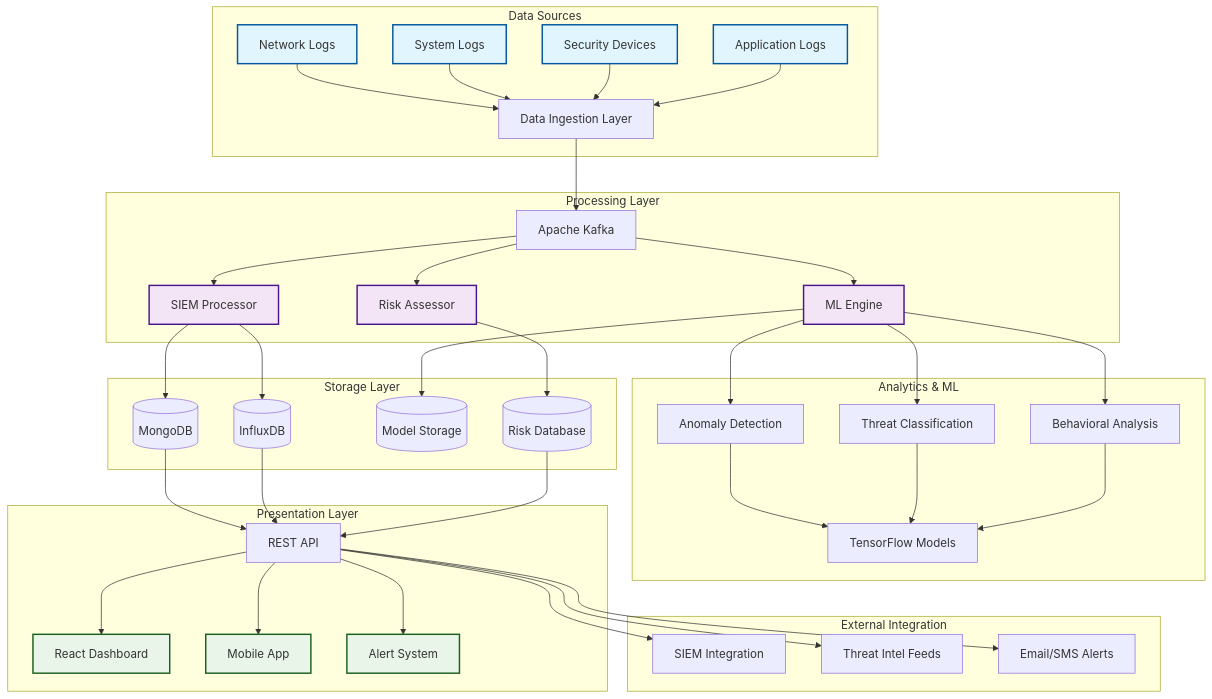
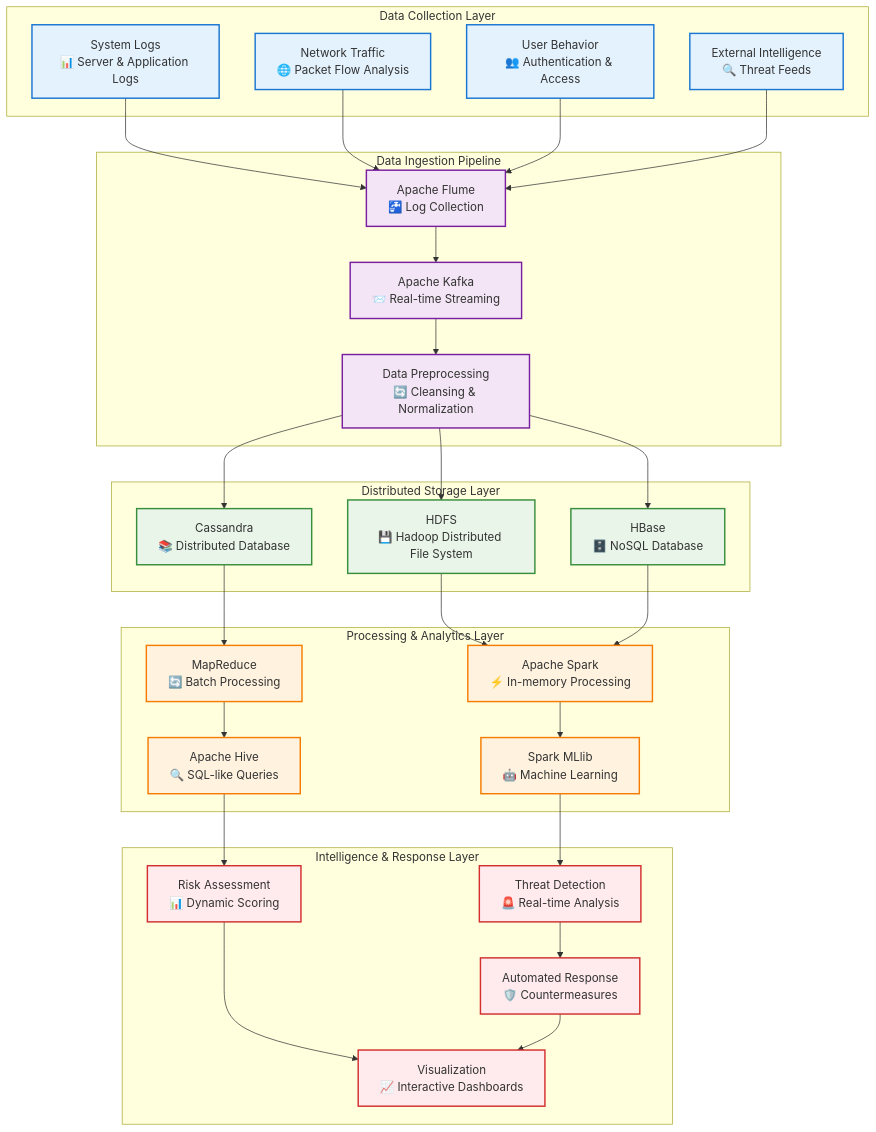
One commit to nes10r/BigDataProject changed the second of 11 diagrams in README.md. Above: the diagram before and after it, drawn with Mermaid. The commit also changed other lines of this file and 1 other file, not shown here.

````diff
--- a/README.md
+++ b/README.md
@@ -108,55 +201,73 @@
 ```mermaid
 graph TB
-    subgraph "Data Sources"
-        A[Network Logs] --> D[Data Ingestion Layer]
-        B[System Logs] --> D
-        C[Security Devices] --> D
-        E[Application Logs] --> D
+    subgraph "Data Collection Layer"
+        A[System Logs<br/>📊 Server & Application Logs]
+        B[Network Traffic<br/>🌐 Packet Flow Analysis]
+        C[User Behavior<br/>👥 Authentication & Access]
+        D[External Intelligence<br/>🔍 Threat Feeds]
     end
     
-    subgraph "Processing Layer"
-        D --> F[Apache Kafka]
-        F --> G[SIEM Processor]
-        F --> H[ML Engine]
-        F --> I[Risk Assessor]
+    subgraph "Data Ingestion Pipeline"
+        E[Apache Flume<br/>🚰 Log Collection]
+        F[Apache Kafka<br/>📨 Real-time Streaming]
+        G[Data Preprocessing<br/>🔄 Cleansing & Normalization]
     end
     
-    subgraph "Storage Layer"
-        G --> J[(MongoDB)]
-        G --> K[(InfluxDB)]
-        H --> L[(Model Storage)]
-        I --> M[(Risk Database)]
+    subgraph "Distributed Storage Layer"
+        H[HDFS<br/>💾 Hadoop Distributed File System]
+        I[HBase<br/>🗄️ NoSQL Database]
+        J[Cassandra<br/>📚 Distributed Database]
     end
     
-    subgraph "Analytics & ML"
-        H --> N[Anomaly Detection]
-        H --> O[Threat Classification]
-        H --> P[Behavioral Analysis]
-        N --> Q[TensorFlow Models]
-        O --> Q
-        P --> Q
+    subgraph "Processing & Analytics Layer"
+        K[Apache Spark<br/>⚡ In-memory Processing]
+        L[MapReduce<br/>🔄 Batch Processing]
+        M[Spark MLlib<br/>🤖 Machine Learning]
+        N[Apache Hive<br/>🔍 SQL-like Queries]
     end
     
-    subgraph "Presentation Layer"
-        J --> R[REST API]
-        K --> R
-        M --> R
-        R --> S[React Dashboard]
-        R --> T[Mobile App]
-        R --> U[Alert System]
+    subgraph "Intelligence & Response Layer"
+        O[Threat Detection<br/>🚨 Real-time Analysis]
+        P[Risk Assessment<br/>📊 Dynamic Scoring]
+        Q[Automated Response<br/>🛡️ Countermeasures]
+        R[Visualization<br/>📈 Interactive Dashboards]
     end
     
-    subgraph "External Integration"
-        R --> V[SIEM Integration]
-        R --> W[Threat Intel Feeds]
-        R --> X[Email/SMS Alerts]
-    end
-
-    classDef primary fill:#e1f5fe,stroke:#01579b,stroke-width:2px
-    classDef secondary fill:#f3e5f5,stroke:#4a148c,stroke-width:2px
-    classDef accent fill:#e8f5e8,stroke:#1b5e20,stroke-width:2px
+    A --> E
+    B --> E
+    C --> E
+    D --> E
     
-    class A,B,C,E primary
-    class G,H,I secondary
-    class S,T,U accent
+    E --> F
+    F --> G
+    
+    G --> H
+    G --> I
+    G --> J
+    
+    H --> K
+    I --> K
+    J --> L
+    
+    K --> M
+    L --> N
+    
+    M --> O
+    N --> P
+    
+    O --> Q
+    P --> R
+    Q --> R
+    
+    classDef collection fill:#e3f2fd,stroke:#1976d2,stroke-width:2px
+    classDef ingestion fill:#f3e5f5,stroke:#7b1fa2,stroke-width:2px
+    classDef storage fill:#e8f5e8,stroke:#388e3c,stroke-width:2px
+    classDef processing fill:#fff3e0,stroke:#f57c00,stroke-width:2px
+    classDef intelligence fill:#ffebee,stroke:#d32f2f,stroke-width:2px
+    
+    class A,B,C,D collection
+    class E,F,G ingestion
+    class H,I,J storage
+    class K,L,M,N processing
+    class O,P,Q,R intelligence
 ```
````
